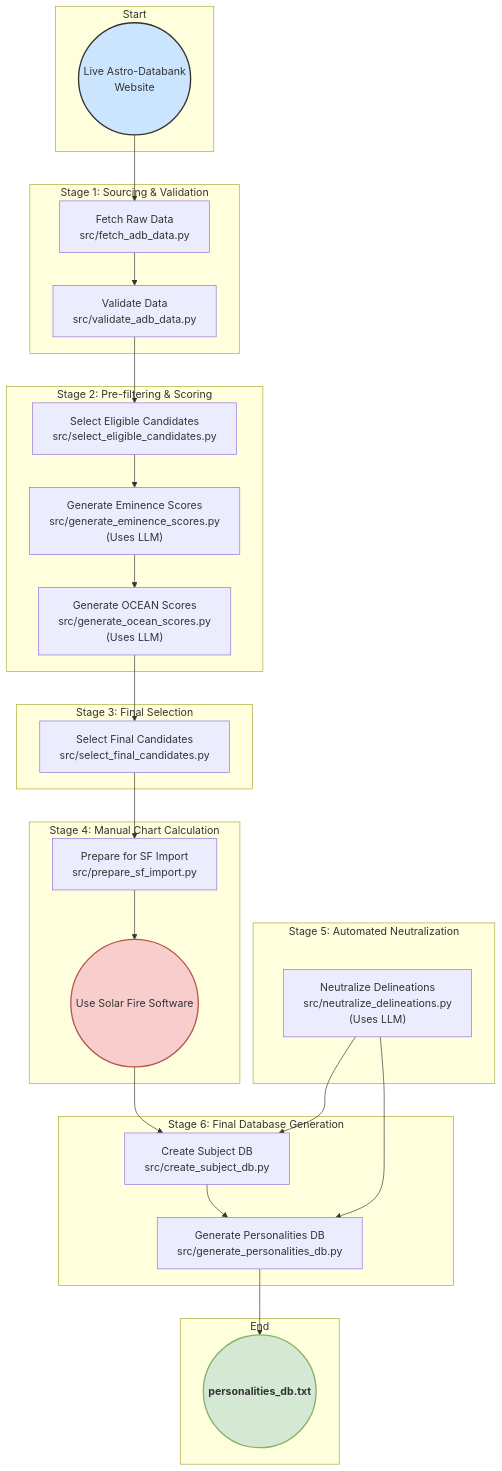
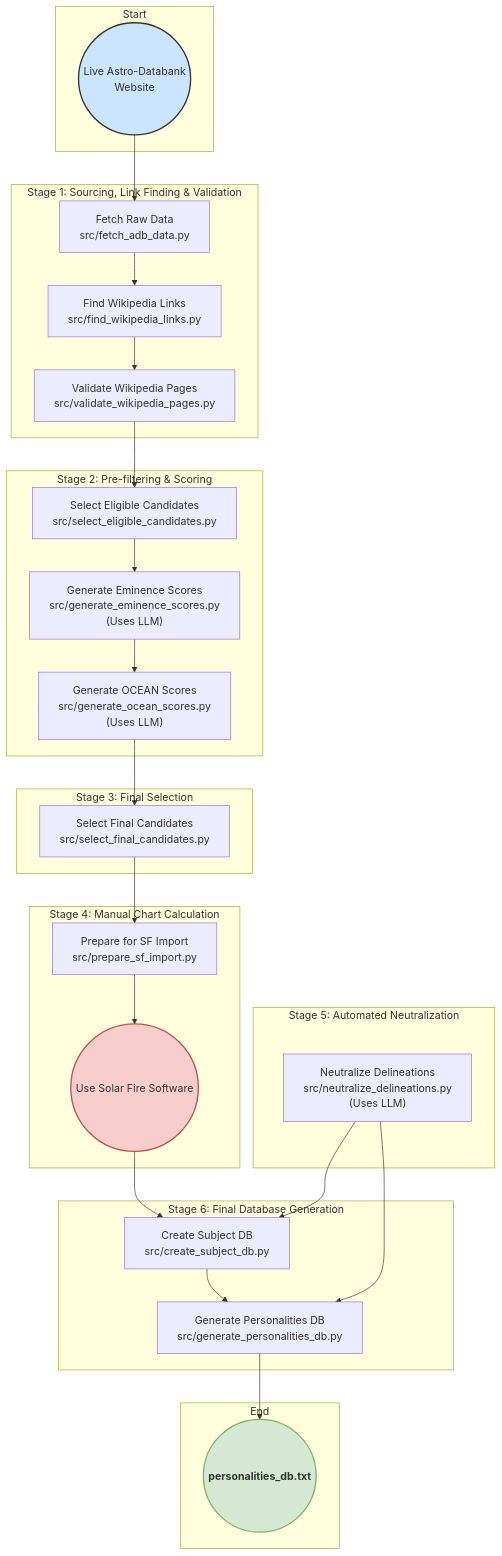
One commit to peterjmarko/llm-narrative-framework changed the diagram in docs/diagrams/flow_prep_pipeline.mmd. Above: the diagram before and after it, drawn with Mermaid. The commit also changed 22 other files, not shown here.

```diff
--- a/docs/diagrams/flow_prep_pipeline.mmd
+++ b/docs/diagrams/flow_prep_pipeline.mmd
@@ -1,47 +1,48 @@
 graph TD
     classDef manualStyle fill:#f8cecc,stroke:#b85450,stroke-width:2px
     classDef sourceStyle fill:#cce5ff,stroke:#333,stroke-width:2px
     classDef finalProductStyle fill:#d5e8d4,stroke:#82b366,stroke-width:2px,font-weight:bold
 
     subgraph "Start"
         StartDB(("Live Astro-Databank<br/>Website"))
     end
 
-    subgraph "Stage 1: Sourcing & Validation"
+    subgraph "Stage 1: Sourcing, Link Finding & Validation"
         StartDB --> A[Fetch Raw Data<br>src/fetch_adb_data.py]
-        A --> B[Validate Data<br>src/validate_adb_data.py];
+        A --> B[Find Wikipedia Links<br>src/find_wikipedia_links.py]
+        B --> B2[Validate Wikipedia Pages<br>src/validate_wikipedia_pages.py];
     end
 
     subgraph "Stage 2: Pre-filtering & Scoring"
-        B --> C[Select Eligible Candidates<br>src/select_eligible_candidates.py];
+        B2 --> C[Select Eligible Candidates<br>src/select_eligible_candidates.py];
         C --> D["Generate Eminence Scores<br>src/generate_eminence_scores.py<br/>(Uses LLM)"];
         D --> E["Generate OCEAN Scores<br>src/generate_ocean_scores.py<br/>(Uses LLM)"];
     end
 
     subgraph "Stage 3: Final Selection"
         E --> F[Select Final Candidates<br>src/select_final_candidates.py];
     end
 
     subgraph "Stage 4: Manual Chart Calculation"
         F --> G[Prepare for SF Import<br>src/prepare_sf_import.py];
         G --> H((Use Solar Fire Software));
     end
     
     subgraph "Stage 5: Automated Neutralization"
         I["Neutralize Delineations<br>src/neutralize_delineations.py<br/>(Uses LLM)"]
     end
 
     subgraph "Stage 6: Final Database Generation"
         H --> J[Create Subject DB<br>src/create_subject_db.py];
         I --> J
         J --> K[Generate Personalities DB<br>src/generate_personalities_db.py];
         I --> K
     end
     
     subgraph "End"
         K --> FinalDB(("personalities_db.txt"))
     end
 
     class H manualStyle;
     class StartDB sourceStyle;
     class FinalDB finalProductStyle;
```
